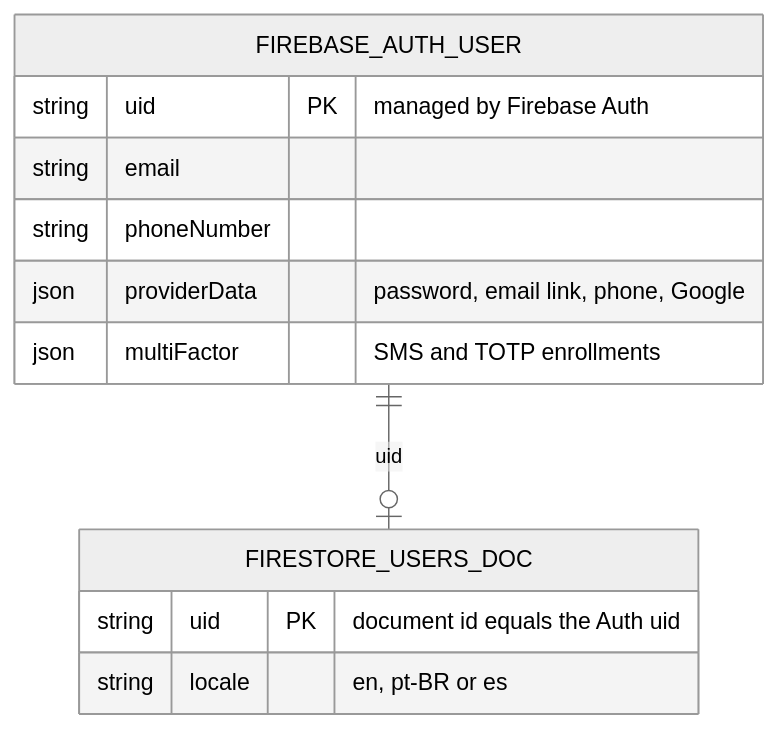
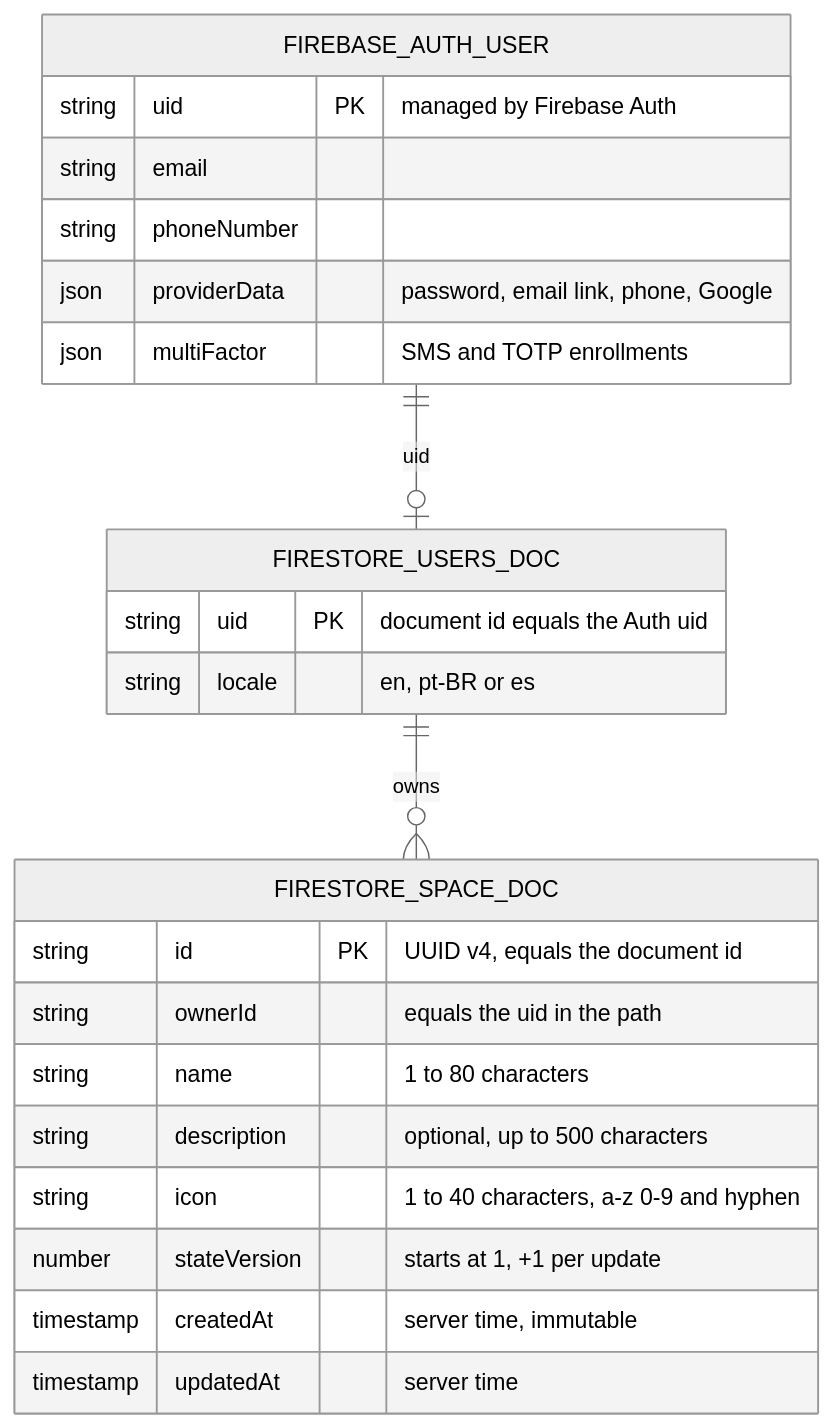
One commit to ianmaciel7/notes-app changed the diagram in DER.md. Above: the diagram before and after it, drawn with Mermaid (neutral theme). The commit also changed other lines of this file and 12 other files, not shown here.

First line of the commit message:
feat(firestore): add owner-scoped Spaces (ADR 0010)

````diff
--- a/DER.md
+++ b/DER.md
@@ -15,17 +17,29 @@
 ```mermaid
 erDiagram
     FIREBASE_AUTH_USER ||--o| FIRESTORE_USERS_DOC : "uid"
+    FIRESTORE_USERS_DOC ||--o{ FIRESTORE_SPACE_DOC : "owns"
 
     FIREBASE_AUTH_USER {
         string uid PK "managed by Firebase Auth"
         string email
         string phoneNumber
         json providerData "password, email link, phone, Google"
         json multiFactor "SMS and TOTP enrollments"
     }
 
     FIRESTORE_USERS_DOC {
         string uid PK "document id equals the Auth uid"
         string locale "en, pt-BR or es"
     }
+
+    FIRESTORE_SPACE_DOC {
+        string id PK "UUID v4, equals the document id"
+        string ownerId "equals the uid in the path"
+        string name "1 to 80 characters"
+        string description "optional, up to 500 characters"
+        string icon "1 to 40 characters, a-z 0-9 and hyphen"
+        number stateVersion "starts at 1, +1 per update"
+        timestamp createdAt "server time, immutable"
+        timestamp updatedAt "server time"
+    }
 ```
````
